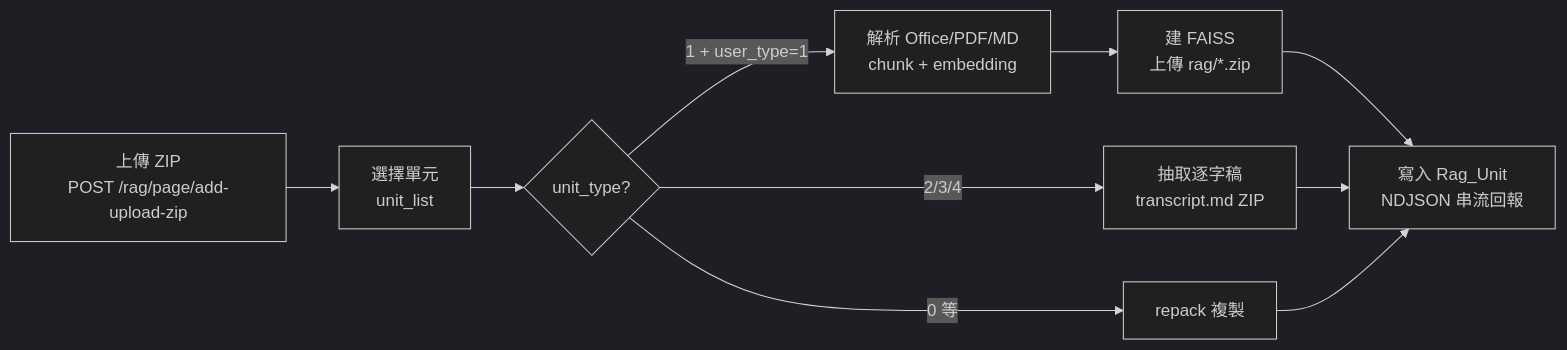
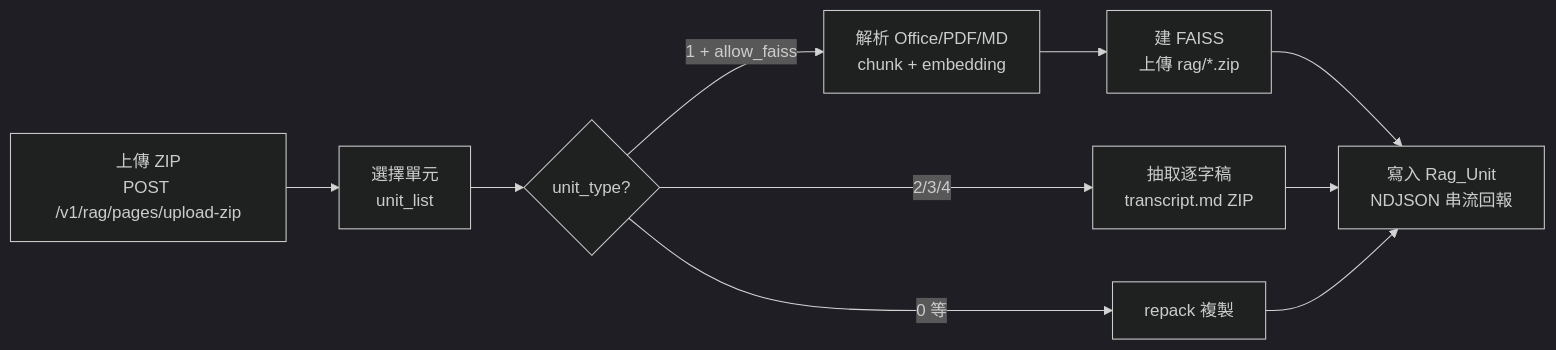
One commit to kevin7261/MyQuiz-ai-backend changed the fourth of 6 diagrams in README.md. Above: the diagram before and after it, drawn with Mermaid (dark theme). The commit also changed other lines of this file, not shown here.

````diff
--- a/README.md
+++ b/README.md
@@ -411,12 +491,12 @@
 ```mermaid
 flowchart LR
-    A["上傳 ZIP<br/>POST /rag/page/add-upload-zip"] --> B["選擇單元<br/>unit_list"]
+    A["上傳 ZIP<br/>POST /v1/rag/pages/upload-zip"] --> B["選擇單元<br/>unit_list"]
     B --> C{"unit_type?"}
-    C -->|1 + user_type=1| D["解析 Office/PDF/MD<br/>chunk + embedding"]
+    C -->|"1 + allow_faiss"| D["解析 Office/PDF/MD<br/>chunk + embedding"]
     D --> E["建 FAISS<br/>上傳 rag/*.zip"]
     C -->|2/3/4| F["抽取逐字稿<br/>transcript.md ZIP"]
     C -->|0 等| G["repack 複製"]
     E --> H["寫入 Rag_Unit<br/>NDJSON 串流回報"]
     F --> H
     G --> H
 ```
````
